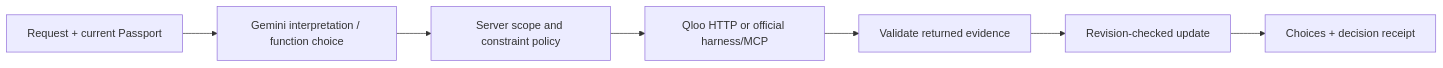
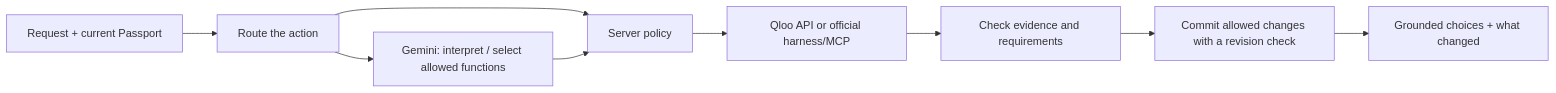
Before and after one commit to appinikrishnachaitanya/faveroam-ai: the diagram in README.md, drawn with Mermaid. The commit also changed other lines of this file, not shown here.

````diff
--- a/README.md
+++ b/README.md
@@ -41,9 +42,11 @@
 ```mermaid
 flowchart LR
-  Request[Request + current Passport] --> Gemini[Gemini interpretation / function choice]
-  Gemini --> Policy[Server scope and constraint policy]
-  Policy --> Qloo[Qloo HTTP or official harness/MCP]
-  Qloo --> Check[Validate returned evidence]
-  Check --> State[Revision-checked update]
-  State --> Reply[Choices + decision receipt]
+  UI[Request + current Passport] --> Route[Route the action]
+  Route --> Model[Gemini: interpret / select allowed functions]
+  Route --> Policy[Server policy]
+  Model --> Policy
+  Policy --> Qloo[Qloo API or official harness/MCP]
+  Qloo --> Verify[Check evidence and requirements]
+  Verify --> State[Commit allowed changes with a revision check]
+  State --> Reply[Grounded choices + what changed]
 ```
````
